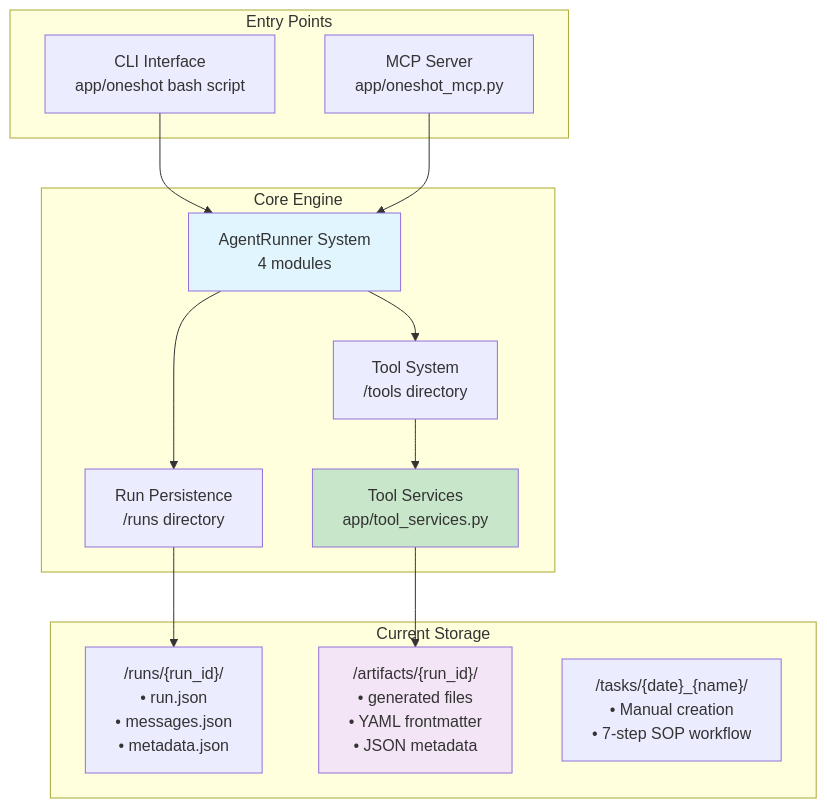
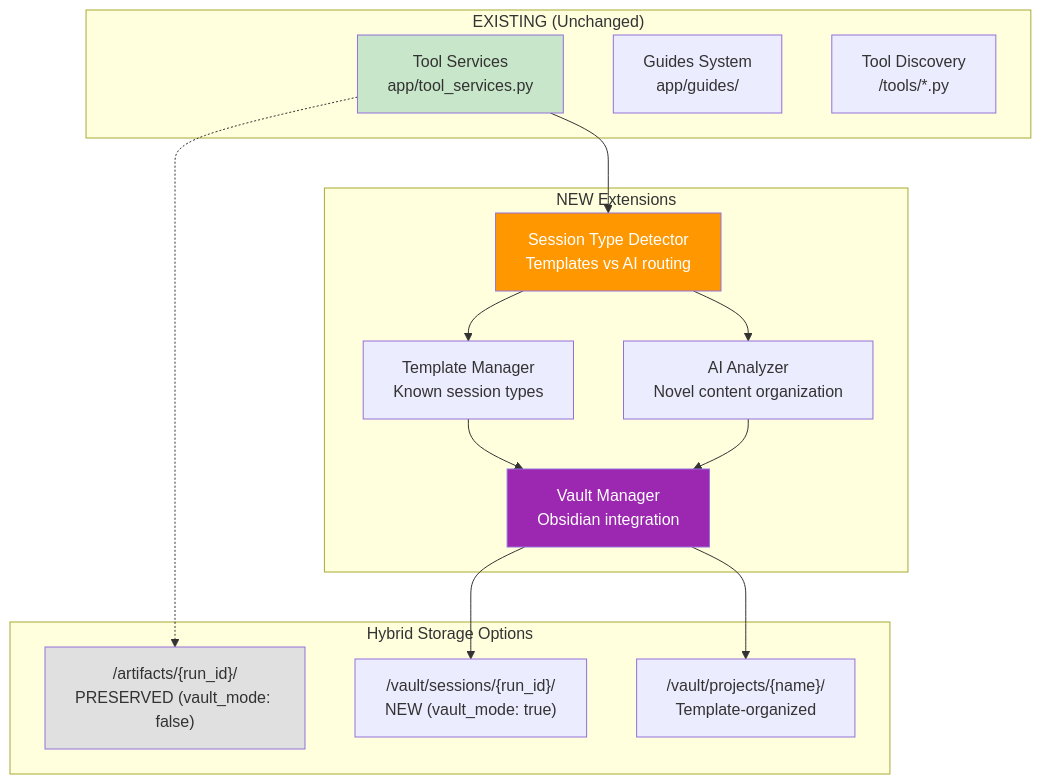
The first of 2 diagrams in tasks/2025-08-25_GlobalDocs_System_Analysis/FINAL_Architecture_and_Implementation_Plan.md (zenprotheos/agentoptimizer), drawn with Mermaid before and after one commit. The commit also changed other lines of this file and 38 other files, not shown here.

First line of the commit message:
[UPDATE] Enhance Coding Tasks and Documentation for Hybrid System Implementation

````diff
--- a/tasks/2025-08-25_GlobalDocs_System_Analysis/FINAL_Architecture_and_Implementation_Plan.md
+++ b/tasks/2025-08-25_GlobalDocs_System_Analysis/FINAL_Architecture_and_Implementation_Plan.md
@@ -19,32 +47,36 @@
 ```mermaid
 graph TB
-    subgraph "Entry Points"
-        CLI[CLI Interface<br/>app/oneshot bash script]
-        MCP[MCP Server<br/>app/oneshot_mcp.py]
+    subgraph "EXISTING (Unchanged)"
+        TSV[Tool Services<br/>app/tool_services.py]
+        GUIDES[Guides System<br/>app/guides/]
+        TOOLS[Tool Discovery<br/>/tools/*.py]
     end
     
-    subgraph "Core Engine"
-        AR[AgentRunner System<br/>4 modules]
-        TS[Tool System<br/>/tools directory]
-        TSV[Tool Services<br/>app/tool_services.py]
-        RP[Run Persistence<br/>/runs directory]
+    subgraph "NEW Extensions"
+        TYPE_DETECTOR[Session Type Detector<br/>Templates vs AI routing]
+        TEMPLATE_MGR[Template Manager<br/>Known session types]
+        AI_ANALYZER[AI Analyzer<br/>Novel content organization]
+        VAULT_MGR[Vault Manager<br/>Obsidian integration]
     end
     
-    subgraph "Current Storage"
-        RUNS["/runs/{run_id}/<br/>• run.json<br/>• messages.json<br/>• metadata.json"]
-        ARTIFACTS["/artifacts/{run_id}/<br/>• generated files<br/>• YAML frontmatter<br/>• JSON metadata"]
-        TASKS["/tasks/{date}_{name}/<br/>• Manual creation<br/>• 7-step SOP workflow"]
+    subgraph "Hybrid Storage Options"
+        LEGACY["/artifacts/{run_id}/<br/>PRESERVED (vault_mode: false)"]
+        VAULT["/vault/sessions/{run_id}/<br/>NEW (vault_mode: true)"]
+        PROJECTS["/vault/projects/{name}/<br/>Template-organized"]
     end
     
-    CLI --> AR
-    MCP --> AR
-    AR --> TS
-    TS --> TSV
-    TSV --> ARTIFACTS
-    AR --> RP
-    RP --> RUNS
+    TSV --> TYPE_DETECTOR
+    TYPE_DETECTOR --> TEMPLATE_MGR
+    TYPE_DETECTOR --> AI_ANALYZER
+    TEMPLATE_MGR --> VAULT_MGR
+    AI_ANALYZER --> VAULT_MGR
     
-    style AR fill:#e1f5fe
+    TSV -.-> LEGACY
+    VAULT_MGR --> VAULT
+    VAULT_MGR --> PROJECTS
+    
     style TSV fill:#c8e6c9
-    style ARTIFACTS fill:#f3e5f5
+    style TYPE_DETECTOR fill:#ff9800,color:#fff
+    style VAULT_MGR fill:#9c27b0,color:#fff
+    style LEGACY fill:#e0e0e0
 ```
````
